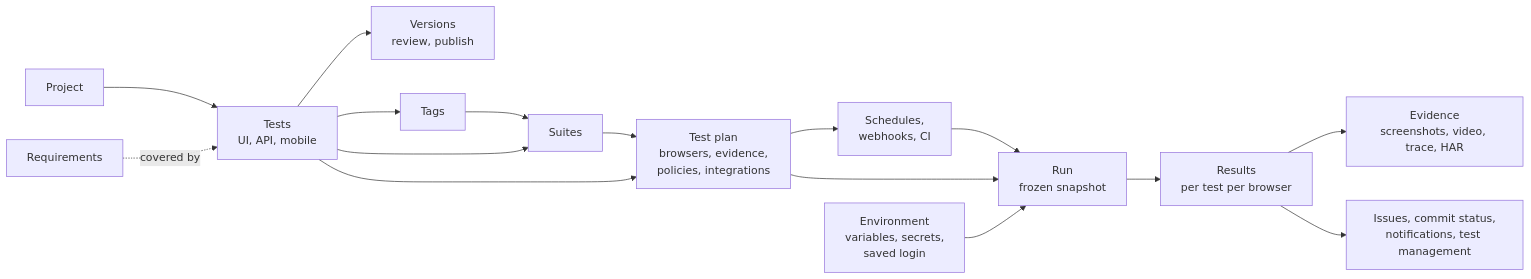
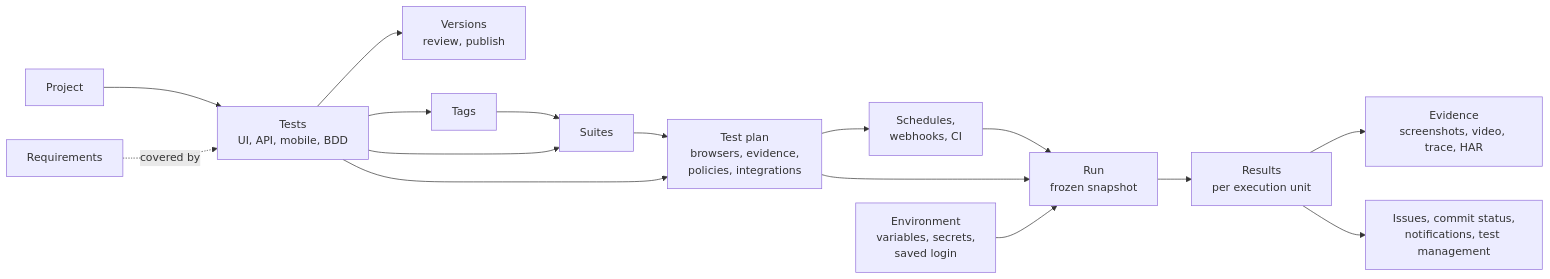
The first of 2 diagrams in docs/en/overview.md (Markg981/WebFlowMaster), drawn with Mermaid before and after one commit. The commit also changed other lines of this file and 54 other files, not shown here.

````diff
--- a/docs/en/overview.md
+++ b/docs/en/overview.md
@@ -47,18 +47,18 @@
 ```mermaid
 flowchart LR
-  P["Project"] --> T["Tests<br/>UI, API, mobile"]
+  P["Project"] --> T["Tests<br/>UI, API, mobile, BDD"]
   T --> V["Versions<br/>review, publish"]
   T --> TG["Tags"]
   TG --> SU["Suites"]
   T --> SU
   SU --> PL["Test plan<br/>browsers, evidence,<br/>policies, integrations"]
   T --> PL
   PL --> SC["Schedules,<br/>webhooks, CI"]
   SC --> RUN["Run<br/>frozen snapshot"]
   PL --> RUN
   ENV["Environment<br/>variables, secrets,<br/>saved login"] --> RUN
-  RUN --> RES["Results<br/>per test per browser"]
+  RUN --> RES["Results<br/>per execution unit"]
   RES --> EV["Evidence<br/>screenshots, video, trace, HAR"]
   RES --> OUT["Issues, commit status,<br/>notifications, test management"]
   RQ["Requirements"] -. "covered by" .-> T
 ```
````
